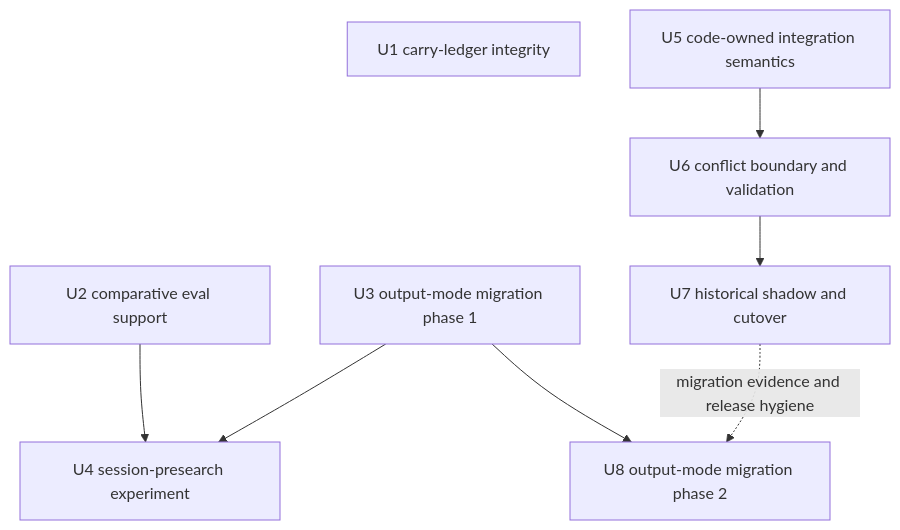
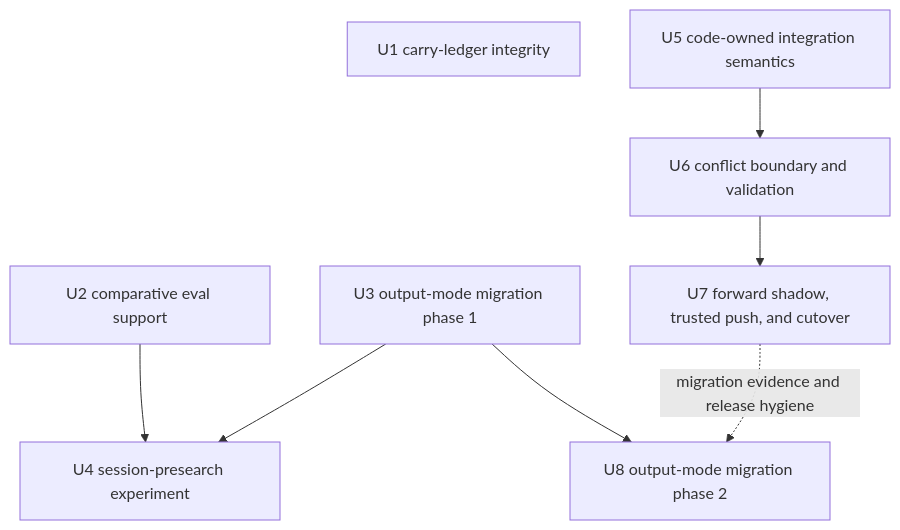
One commit to fro-bot/agent changed the second of 2 diagrams in docs/plans/2026-08-13-001-refactor-bitter-lesson-delta-flexibility-plan.md. Above: the diagram before and after it, drawn with Mermaid. The commit also changed other lines of this file, not shown here.

First line of the commit message:
docs(plans): replace the forward-shadow tree-equality gate with outcome equivalence (#1433)

````diff
--- a/docs/plans/2026-08-13-001-refactor-bitter-lesson-delta-flexibility-plan.md
+++ b/docs/plans/2026-08-13-001-refactor-bitter-lesson-delta-flexibility-plan.md
@@ -237,18 +238,18 @@
 ```mermaid
 flowchart TB
   U1[U1 carry-ledger integrity]
   U2[U2 comparative eval support]
   U3[U3 output-mode migration phase 1]
   U4[U4 session-presearch experiment]
   U5[U5 code-owned integration semantics]
   U6[U6 conflict boundary and validation]
-  U7[U7 historical shadow and cutover]
+  U7[U7 forward shadow, trusted push, and cutover]
   U8[U8 output-mode migration phase 2]
 
   U2 --> U4
   U3 --> U4
   U5 --> U6
   U6 --> U7
   U3 --> U8
   U7 -. migration evidence and release hygiene .-> U8
 ```
````
